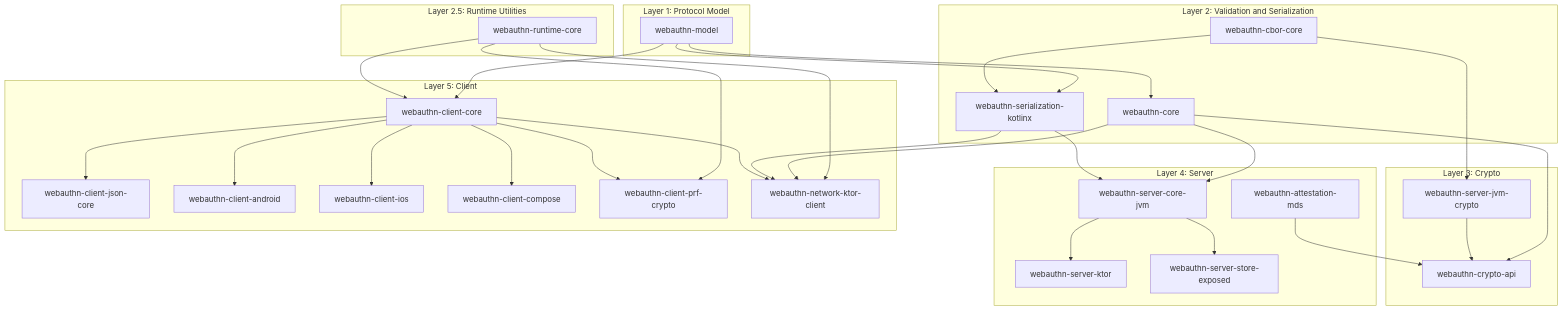
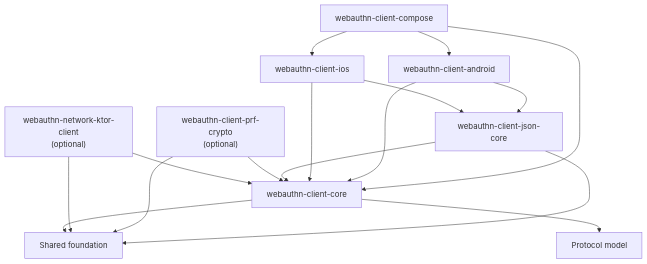
The third of 4 diagrams in docs/architecture.md (szijpeter/webauthn-kotlin-multiplatform), drawn with Mermaid before and after one commit. The commit also changed other lines of this file and 2 other files, not shown here.

First line of the commit message:
docs: curate repository architecture diagrams (#204)

````diff
--- a/docs/architecture.md
+++ b/docs/architecture.md
@@ -16,63 +83,34 @@
 ```mermaid
 flowchart TB
-    subgraph L1[Layer 1: Protocol Model]
-        MODEL[webauthn-model]
-    end
+    COMPOSE["webauthn-client-compose"]
+    ANDROID["webauthn-client-android"]
+    IOS["webauthn-client-ios"]
+    JSON["webauthn-client-json-core"]
+    PRF["webauthn-client-prf-crypto<br/>(optional)"]
+    NETWORK["webauthn-network-ktor-client<br/>(optional)"]
+    CLIENT_CORE["webauthn-client-core"]
+    FOUNDATION["Shared foundation"]
+    MODEL["Protocol model"]
 
-    subgraph L2[Layer 2: Validation and Serialization]
-        CORE[webauthn-core]
-        SER[webauthn-serialization-kotlinx]
-        CBOR[webauthn-cbor-core]
-    end
+    COMPOSE --> CLIENT_CORE
+    COMPOSE --> ANDROID
+    COMPOSE --> IOS
 
-    subgraph L2R[Layer 2.5: Runtime Utilities]
-        RUNTIME[webauthn-runtime-core]
-    end
+    ANDROID --> CLIENT_CORE
+    ANDROID --> JSON
 
-    subgraph L3[Layer 3: Crypto]
-        API[webauthn-crypto-api]
-        JVMCRYPTO[webauthn-server-jvm-crypto]
-    end
+    IOS --> CLIENT_CORE
+    IOS --> JSON
 
-    subgraph L4[Layer 4: Server]
-        SVC[webauthn-server-core-jvm]
-        KTOR[webauthn-server-ktor]
-        STORE[webauthn-server-store-exposed]
-        MDS[webauthn-attestation-mds]
-    end
+    JSON --> CLIENT_CORE
+    JSON --> FOUNDATION
 
-    subgraph L5[Layer 5: Client]
-        CCORE[webauthn-client-core]
-        CJSON[webauthn-client-json-core]
-        CANDROID[webauthn-client-android]
-        CIOS[webauthn-client-ios]
-        CCOMPOSE[webauthn-client-compose]
-        CPRF[webauthn-client-prf-crypto]
-        NET[webauthn-network-ktor-client]
-    end
+    PRF --> CLIENT_CORE
+    PRF --> FOUNDATION
 
-    MODEL --> CORE
-    MODEL --> SER
-    CBOR --> SER
-    CORE --> API
-    CBOR --> JVMCRYPTO
-    JVMCRYPTO --> API
-    CORE --> SVC
-    SER --> SVC
-    SVC --> KTOR
-    SVC --> STORE
-    MDS --> API
+    NETWORK --> CLIENT_CORE
+    NETWORK --> FOUNDATION
 
-    MODEL --> CCORE
-    RUNTIME --> CCORE
-    RUNTIME --> CPRF
-    RUNTIME --> NET
-    CCORE --> CJSON
-    CCORE --> CANDROID
-    CCORE --> CIOS
-    CCORE --> CCOMPOSE
-    CCORE --> CPRF
-    CORE --> NET
-    SER --> NET
-    CCORE --> NET
+    CLIENT_CORE --> FOUNDATION
+    CLIENT_CORE --> MODEL
 ```
````
